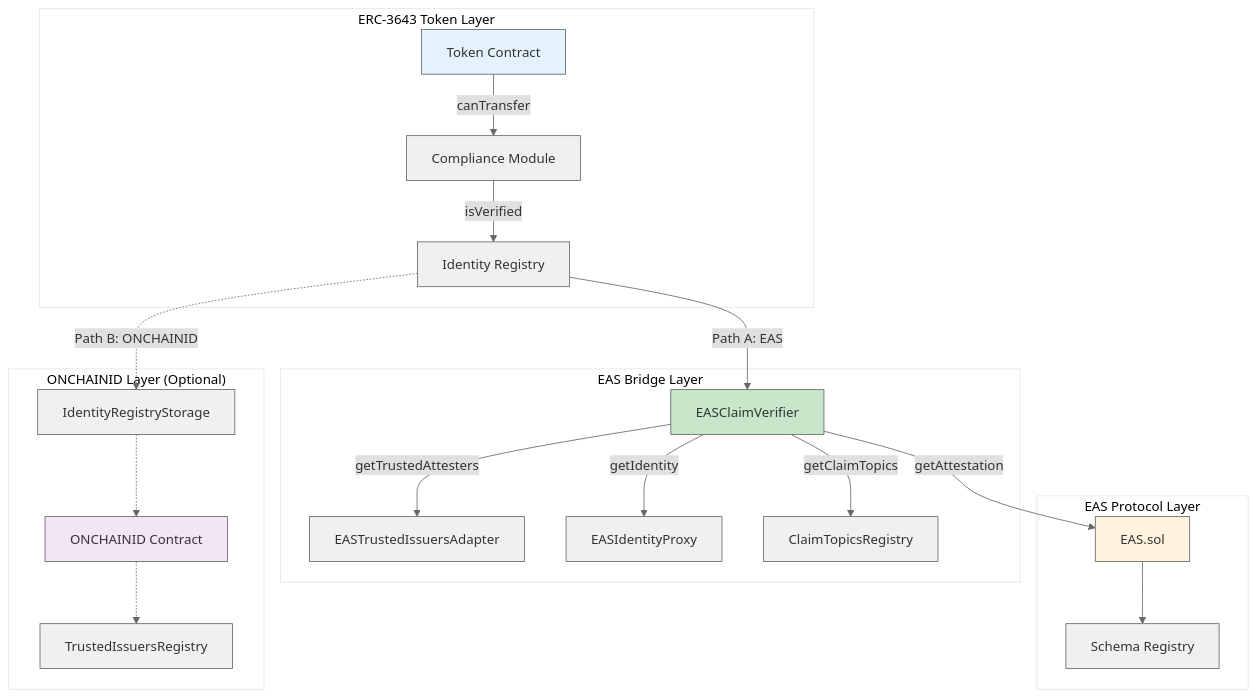
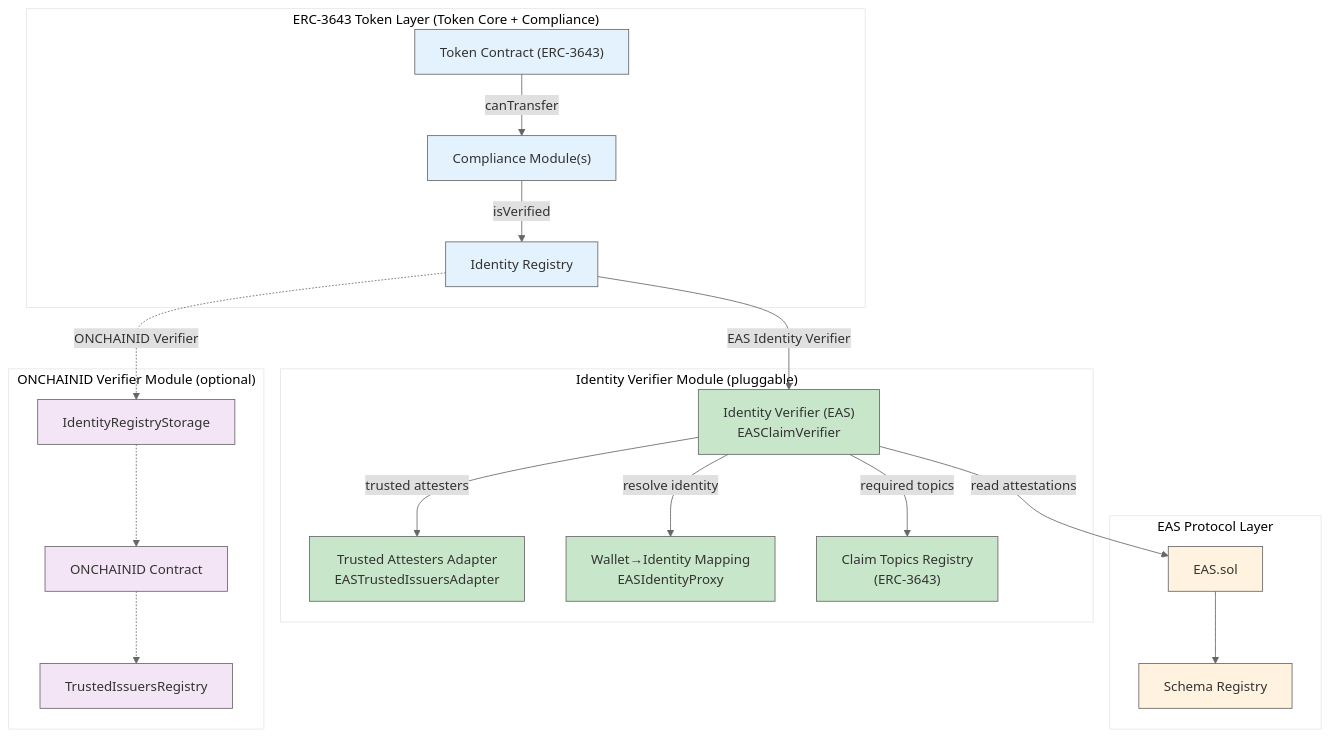
The diagram in diagrams/architecture-overview.mmd (EntEthAlliance/rnd-rwa-erc3643-eas), drawn with Mermaid before and after one commit. The commit also changed 3 other files, not shown here.

First line of the commit message:
docs: align PRD + diagrams with OZ Identity Verifier module vocabulary

```diff
--- a/diagrams/architecture-overview.mmd
+++ b/diagrams/architecture-overview.mmd
@@ -1,45 +1,64 @@
 %%{init: {'theme': 'base', 'themeVariables': { 'primaryColor': '#f0f0f0', 'primaryTextColor': '#333', 'primaryBorderColor': '#666', 'lineColor': '#666', 'secondaryColor': '#e0e0e0', 'tertiaryColor': '#fff'}}}%%
 flowchart TB
-    subgraph TokenLayer["ERC-3643 Token Layer"]
-        Token[Token Contract]
-        Compliance[Compliance Module]
-        IR[Identity Registry]
+    %% This diagram mirrors OpenZeppelin RWA vocabulary:
+    %% - Token core calls into a separate Identity Verifier module
+    %% - Compliance is modular and remains independent from identity proof format
+
+    subgraph TokenLayer["ERC-3643 Token Layer (Token Core + Compliance)"]
+        Token["Token Contract (ERC-3643)"]
+        Compliance["Compliance Module(s)"]
+        IR["Identity Registry"]
     end
 
-    subgraph BridgeLayer["EAS Bridge Layer"]
-        ECV[EASClaimVerifier]
-        TIA[EASTrustedIssuersAdapter]
-        EIP[EASIdentityProxy]
-        CTR[ClaimTopicsRegistry]
+    subgraph IdentityVerifierLayer["Identity Verifier Module (pluggable)"]
+        ECV["Identity Verifier (EAS)\nEASClaimVerifier"]
+        TIA["Trusted Attesters Adapter\nEASTrustedIssuersAdapter"]
+        EIP["Wallet→Identity Mapping\nEASIdentityProxy"]
+        CTR["Claim Topics Registry\n(ERC-3643)"]
     end
 
     subgraph EASLayer["EAS Protocol Layer"]
-        EAS[EAS.sol]
-        SR[Schema Registry]
+        EAS["EAS.sol"]
+        SR["Schema Registry"]
     end
 
-    subgraph OnchainIDLayer["ONCHAINID Layer (Optional)"]
-        OCID[ONCHAINID Contract]
-        TIR[TrustedIssuersRegistry]
-        IRS[IdentityRegistryStorage]
+    subgraph OnchainIDLayer["ONCHAINID Verifier Module (optional)"]
+        OCID["ONCHAINID Contract"]
+        TIR["TrustedIssuersRegistry"]
+        IRS["IdentityRegistryStorage"]
     end
 
     Token -->|canTransfer| Compliance
     Compliance -->|isVerified| IR
 
-    IR -->|Path A: EAS| ECV
-    IR -.->|Path B: ONCHAINID| IRS
+    %% ERC-3643 Identity Registry delegates identity checks to a verifier module.
+    IR -->|EAS Identity Verifier| ECV
+
+    %% Optional dual-mode: keep ONCHAINID as an alternative verifier.
+    IR -.->|ONCHAINID Verifier| IRS
     IRS -.-> OCID
     OCID -.-> TIR
 
-    ECV -->|getIdentity| EIP
-    ECV -->|getClaimTopics| CTR
-    ECV -->|getTrustedAttesters| TIA
-    ECV -->|getAttestation| EAS
+    %% Internals of the EAS Identity Verifier module
+    ECV -->|resolve identity| EIP
+    ECV -->|required topics| CTR
+    ECV -->|trusted attesters| TIA
+    ECV -->|read attestations| EAS
 
     EAS --> SR
 
     style Token fill:#e3f2fd
+    style Compliance fill:#e3f2fd
+    style IR fill:#e3f2fd
+
     style ECV fill:#c8e6c9
+    style TIA fill:#c8e6c9
+    style EIP fill:#c8e6c9
+    style CTR fill:#c8e6c9
+
     style EAS fill:#fff3e0
+    style SR fill:#fff3e0
+
     style OCID fill:#f3e5f5
+    style IRS fill:#f3e5f5
+    style TIR fill:#f3e5f5
```
